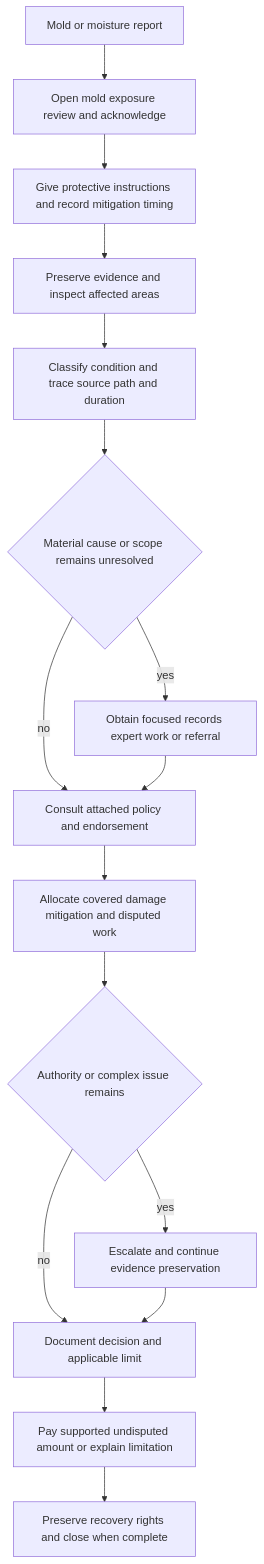
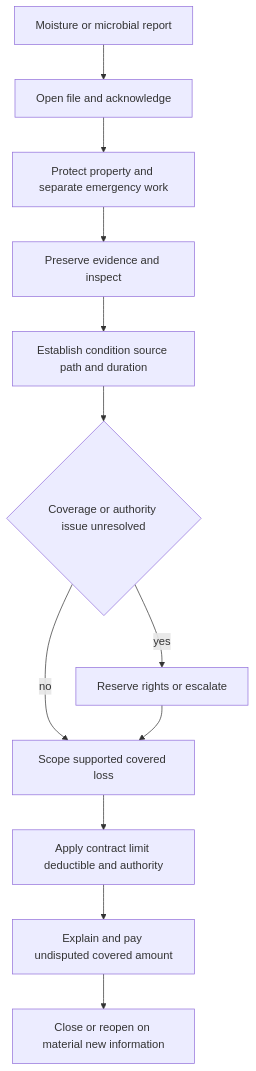
One commit to eugeneliu-86/openwiki-insurance-corpus changed the diagram in openwiki/claims/guidelines/mold-claim-handling.md. Above: the diagram before and after it, drawn with Mermaid. The commit also changed other lines of this file and 109 other files, not shown here.

First line of the commit message:
docs: refresh OpenWiki (complete)

````diff
--- a/openwiki/claims/guidelines/mold-claim-handling.md
+++ b/openwiki/claims/guidelines/mold-claim-handling.md
@@ -45,18 +38,14 @@
 ```mermaid
 flowchart TD
-    A["Mold or moisture report"] --> B["Open mold exposure review and acknowledge"]
-    B --> C["Give protective instructions and record mitigation timing"]
-    C --> D["Preserve evidence and inspect affected areas"]
-    D --> E["Classify condition and trace source path and duration"]
-    E --> F{"Material cause or scope remains unresolved"}
-    F -->|"yes"| G["Obtain focused records expert work or referral"]
-    F -->|"no"| H["Consult attached policy and endorsement"]
+    A["Moisture or microbial report"] --> B["Open file and acknowledge"]
+    B --> C["Protect property and separate emergency work"]
+    C --> D["Preserve evidence and inspect"]
+    D --> E["Establish condition source path and duration"]
+    E --> F{"Coverage or authority issue unresolved"}
+    F -->|"yes"| G["Reserve rights or escalate"]
+    F -->|"no"| H["Scope supported covered loss"]
     G --> H
-    H --> I["Allocate covered damage mitigation and disputed work"]
-    I --> J{"Authority or complex issue remains"}
-    J -->|"yes"| K["Escalate and continue evidence preservation"]
-    J -->|"no"| L["Document decision and applicable limit"]
-    K --> L
-    L --> M["Pay supported undisputed amount or explain limitation"]
-    M --> N["Preserve recovery rights and close when complete"]
+    H --> I["Apply contract limit deductible and authority"]
+    I --> J["Explain and pay undisputed covered amount"]
+    J --> K["Close or reopen on material new information"]
 ```
````
